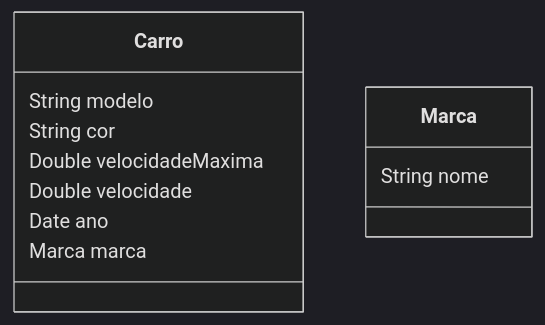
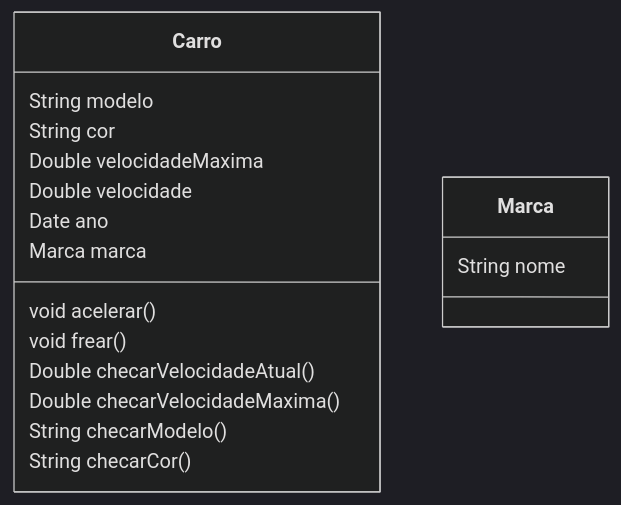
Before and after one commit to ahvShiro/ifpr-esw-notes: the third of 3 diagrams in 6. Programação Orientada a Objetos/Untitled.md, drawn with Mermaid (dark theme).

Commit message:
backup: 26/03/2025 21:00 (Wednesday)

````diff
--- a/6. Programação Orientada a Objetos/Untitled.md
+++ b/6. Programação Orientada a Objetos/Untitled.md
@@ -47,12 +47,19 @@
 ```mermaid
 classDiagram
     class Carro
     Carro : String modelo
     Carro : String cor
     Carro : Double velocidadeMaxima
     Carro : Double velocidade
     Carro : Date ano
     Carro : Marca marca
+    Carro : void acelerar()
+    Carro : void frear()
+    Carro : Double checarVelocidadeAtual()
+    Carro : Double checarVelocidadeMaxima()
+    Carro : String checarModelo()
+    Carro : String checarCor()
+	
 	class Marca
 	Marca : String nome
 ```
````
